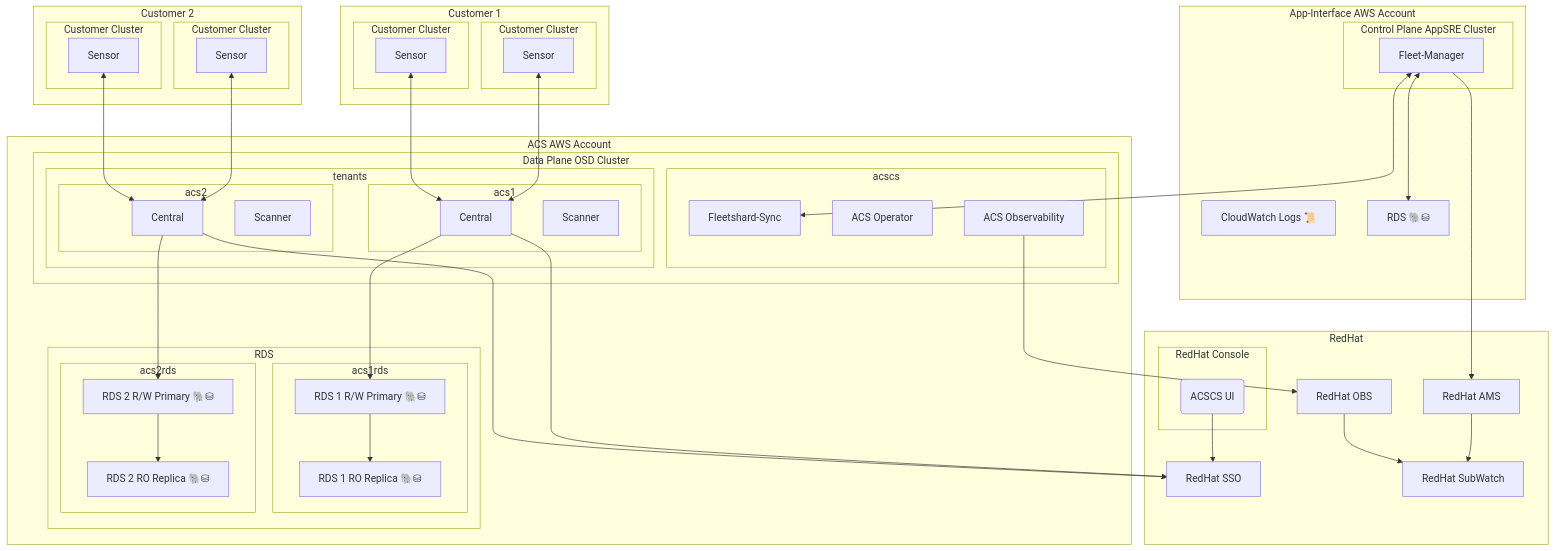
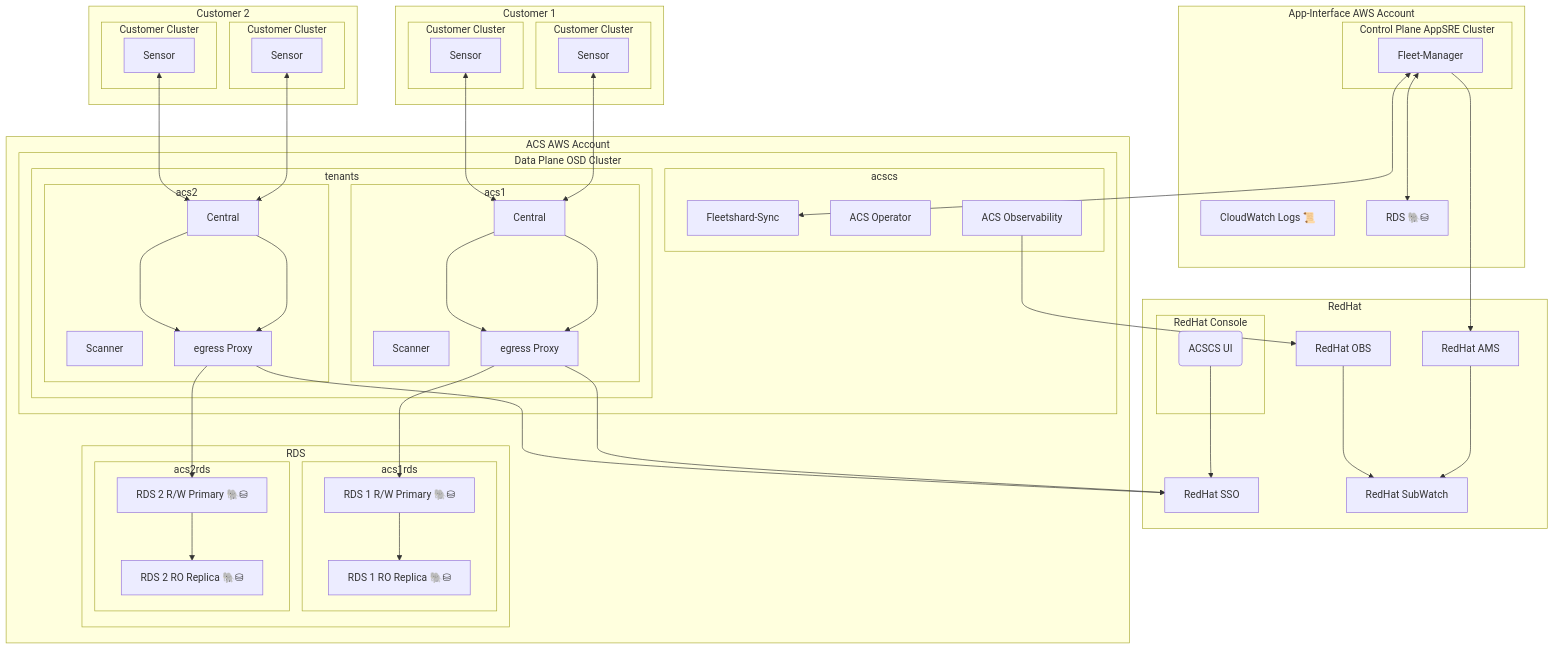
The diagram in docs/architecture/images/acscs_architecture.md (stackrox/acs-fleet-manager), drawn with Mermaid before and after one commit.

```diff
--- a/docs/architecture/images/acscs_architecture.md
+++ b/docs/architecture/images/acscs_architecture.md
@@ -47,10 +47,12 @@
                 subgraph acs1
                     acs1central[Central]
                     acs1scanner[Scanner]
+                    acs1egress[egress Proxy]
                 end
                 subgraph acs2
                     acs2central[Central]
                     acs2scanner[Scanner]
+                    acs2egress[egress Proxy]
                 end
             end
             subgraph acscs
@@ -60,10 +62,10 @@
             end
 
             fm<-->fs
-            acs1central-->sso
-            acs1central-->acs1rdsp
-            acs2central-->sso
-            acs2central-->acs2rdsp
+            acs1central-->acs1egress-->sso
+            acs1central-->acs1egress-->acs1rdsp
+            acs2central-->acs2egress-->sso
+            acs2central-->acs2egress-->acs2rdsp
         end
     end
 
```
